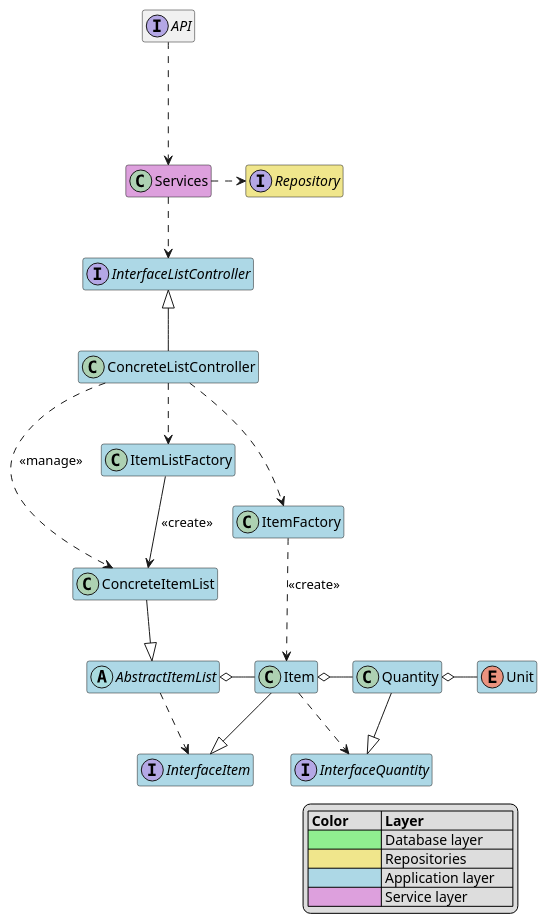
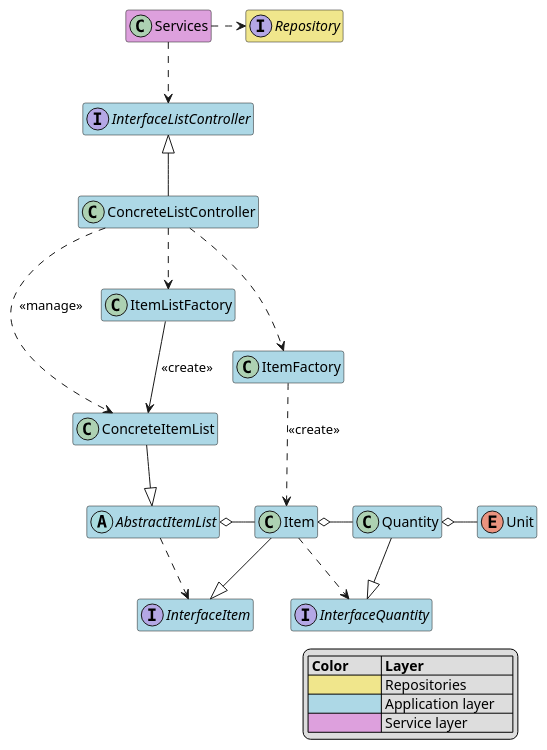
One commit to Uhgtred/Recipe_Shopping_List changed the diagram in Architecture/Application/BlackboxViewApplication.puml. Above: the diagram before and after it, drawn with PlantUML. The commit also changed 8 other files, not shown here.

```diff
--- a/Architecture/Application/BlackboxViewApplication.puml
+++ b/Architecture/Application/BlackboxViewApplication.puml
@@ -1,59 +1,56 @@
 @startuml
 hide empty members
 
 
-interface API
-API ...> Services
 
 interface InterfaceListController #lightblue
 
 class ConcreteListController #lightblue
 ConcreteListController ..> ConcreteItemList: <<manage>>
 ConcreteListController ..> ItemFactory
 ConcreteListController -u-|> InterfaceListController
 ConcreteListController ..> ItemListFactory
 
 interface InterfaceItem #lightblue
 
 interface InterfaceQuantity #lightblue
 
 abstract class AbstractItemList #lightblue
 AbstractItemList o-r- Item
 AbstractItemList ..> InterfaceItem
 
 class Quantity #lightblue
 Quantity -lo Item
 Quantity --|> InterfaceQuantity
 
 enum Unit #lightblue
 Unit -lo Quantity
 
 class ItemListFactory #lightblue
 ItemListFactory --> ConcreteItemList: <<create>>
 
 class ConcreteItemList #lightblue
 ConcreteItemList --|> AbstractItemList
 
 class ItemFactory #lightblue
 ItemFactory ..> Item: <<create>>
 
 class Item #lightblue
 Item --|> InterfaceItem
 Item ..> InterfaceQuantity
 
 interface Repository #khaki
 
 class Services #plum
 Services .r.> Repository
 Services ..> InterfaceListController
 
 
 
 legend bottom right
 | **Color**         | **Layer**             |
-| <#lightgreen>     | Database layer        |
 | <#khaki>          | Repositories          |
 | <#lightblue>      | Application layer     |
 | <#plum>           | Service layer         |
 end legend
 @enduml
```
